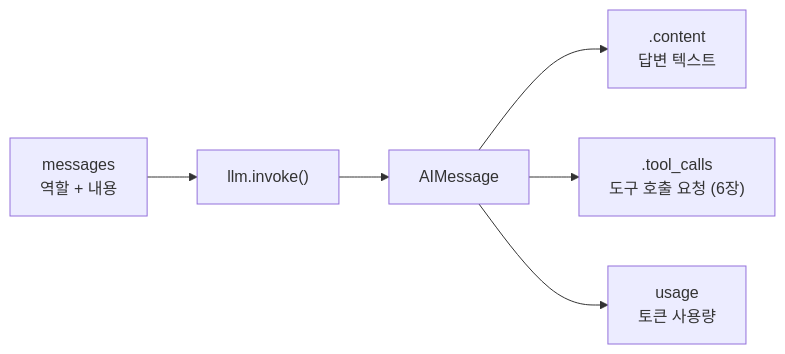
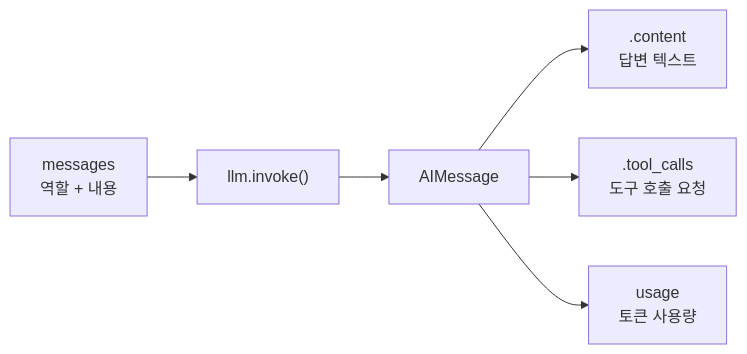
Before and after one commit to ff-1204/ai-agent: the diagram in ch04_dev-env/04-04_LLM 사용하기.md, drawn with Mermaid. The commit also changed other lines of this file and 13 other files, not shown here.

````diff
--- a/ch04_dev-env/04-04_LLM 사용하기.md
+++ b/ch04_dev-env/04-04_LLM 사용하기.md
@@ -130,8 +130,8 @@
 ```mermaid
 graph LR
     A["messages<br/>역할 + 내용"] --> B["llm.invoke()"]
     B --> C["AIMessage"]
     C --> D[".content<br/>답변 텍스트"]
-    C --> E[".tool_calls<br/>도구 호출 요청 (6장)"]
+    C --> E[".tool_calls<br/>도구 호출 요청"]
     C --> F["usage<br/>토큰 사용량"]
 ```
````
